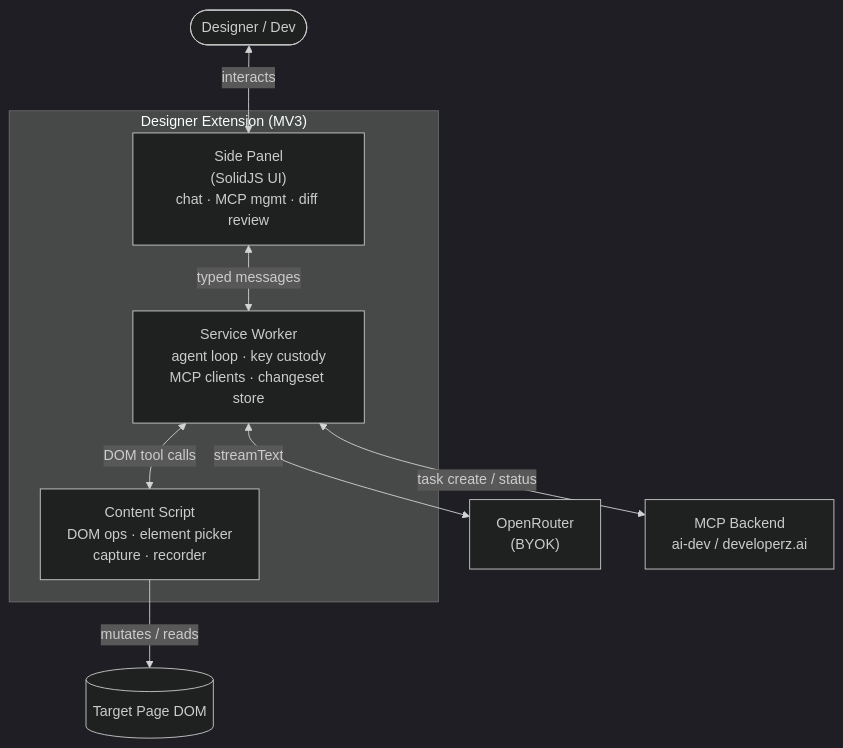
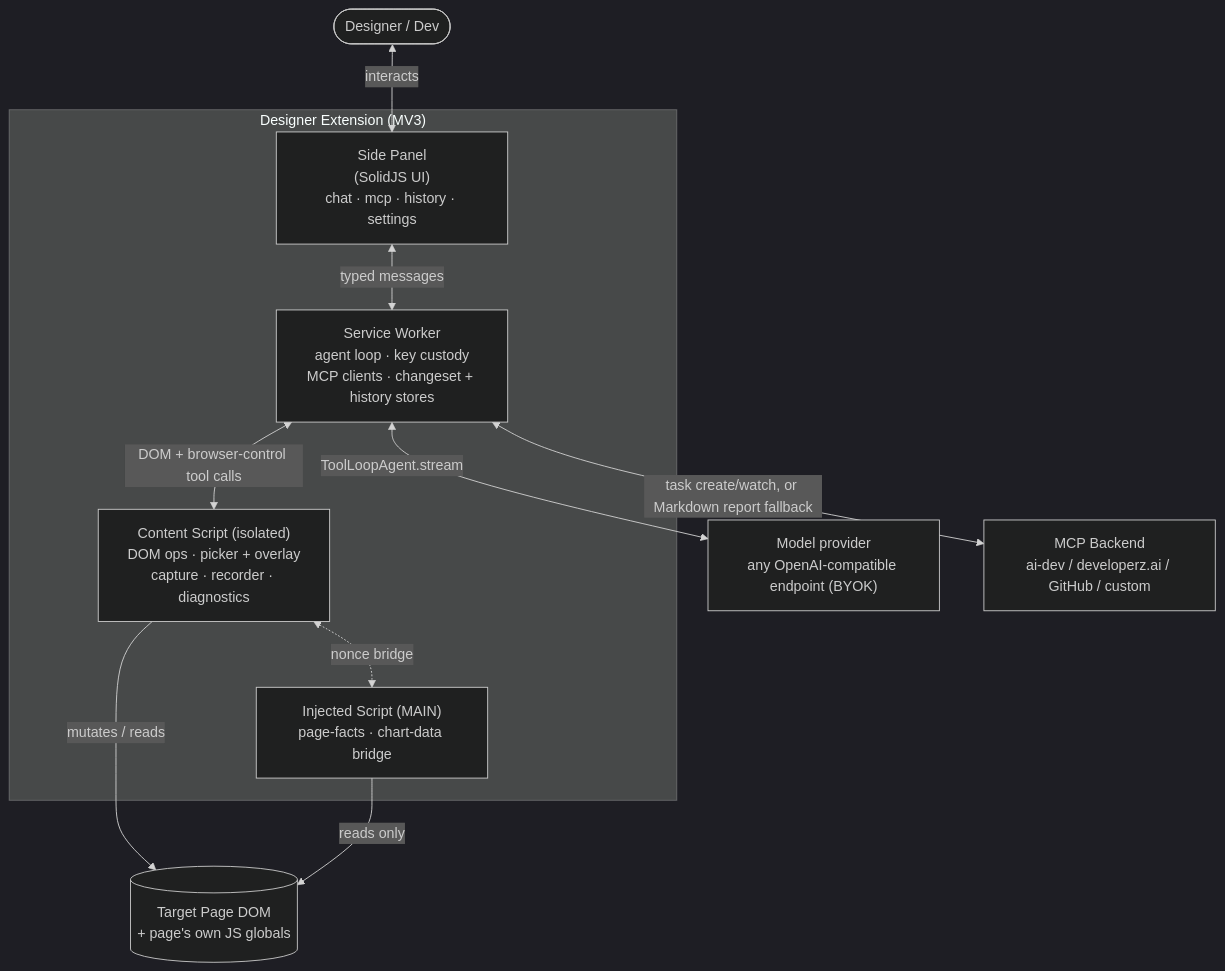
Before and after one commit to developerz-ai/ai-designer: the diagram in docs/architecture/components.md, drawn with Mermaid (dark theme). The commit also changed other lines of this file and 21 other files, not shown here.

````diff
--- a/docs/architecture/components.md
+++ b/docs/architecture/components.md
@@ -7,21 +7,24 @@
 ```mermaid
 flowchart TB
     user([Designer / Dev])
 
     subgraph ext["Designer Extension (MV3)"]
-        sp["Side Panel<br/>(SolidJS UI)<br/>chat · MCP mgmt · diff review"]
-        sw["Service Worker<br/>agent loop · key custody<br/>MCP clients · changeset store"]
-        cs["Content Script<br/>DOM ops · element picker<br/>capture · recorder"]
+        sp["Side Panel<br/>(SolidJS UI)<br/>chat · mcp · history · settings"]
+        sw["Service Worker<br/>agent loop · key custody<br/>MCP clients · changeset + history stores"]
+        cs["Content Script (isolated)<br/>DOM ops · picker + overlay<br/>capture · recorder · diagnostics"]
+        main["Injected Script (MAIN)<br/>page-facts · chart-data bridge"]
     end
 
-    page[(Target Page DOM)]
-    or["OpenRouter<br/>(BYOK)"]
-    mcp["MCP Backend<br/>ai-dev / developerz.ai"]
+    page[(Target Page DOM<br/>+ page's own JS globals)]
+    llm["Model provider<br/>any OpenAI-compatible endpoint (BYOK)"]
+    mcp["MCP Backend<br/>ai-dev / developerz.ai / GitHub / custom"]
 
     user <-->|interacts| sp
     sp <-->|typed messages| sw
-    sw <-->|DOM tool calls| cs
+    sw <-->|DOM + browser-control tool calls| cs
     cs -->|mutates / reads| page
-    sw <-->|streamText| or
-    sw <-->|task create / status| mcp
+    cs <-.nonce bridge.-> main
+    main -->|reads only| page
+    sw <-->|ToolLoopAgent.stream| llm
+    sw <-->|task create/watch, or Markdown report fallback| mcp
 ```
````
